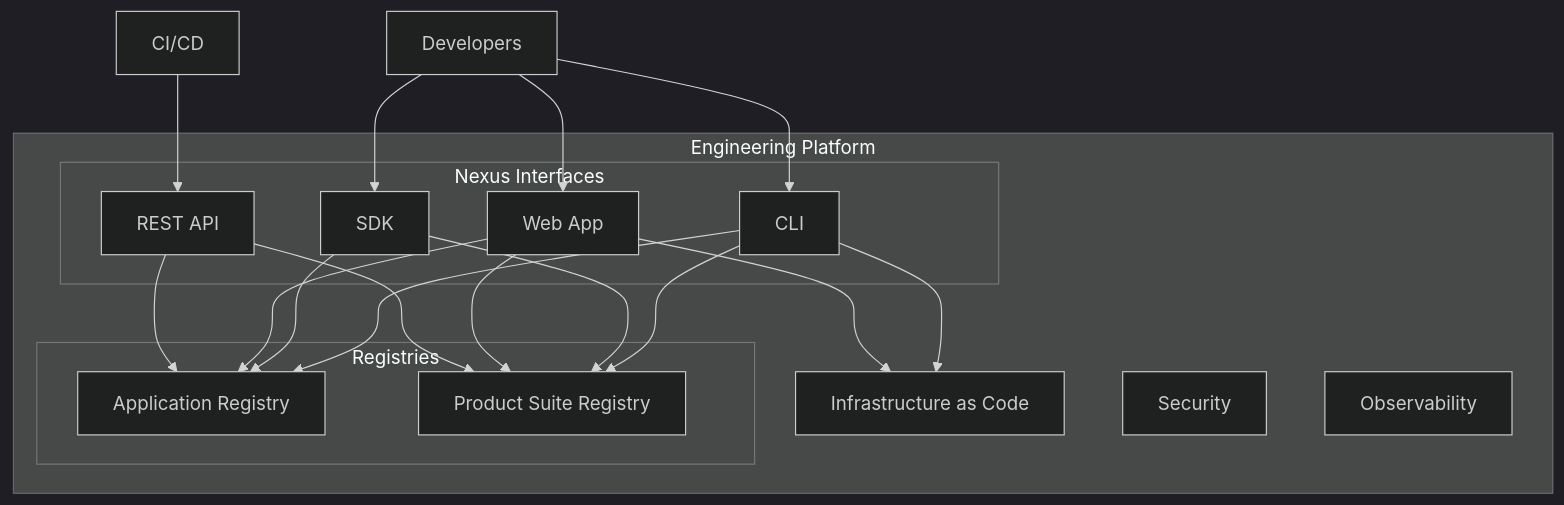
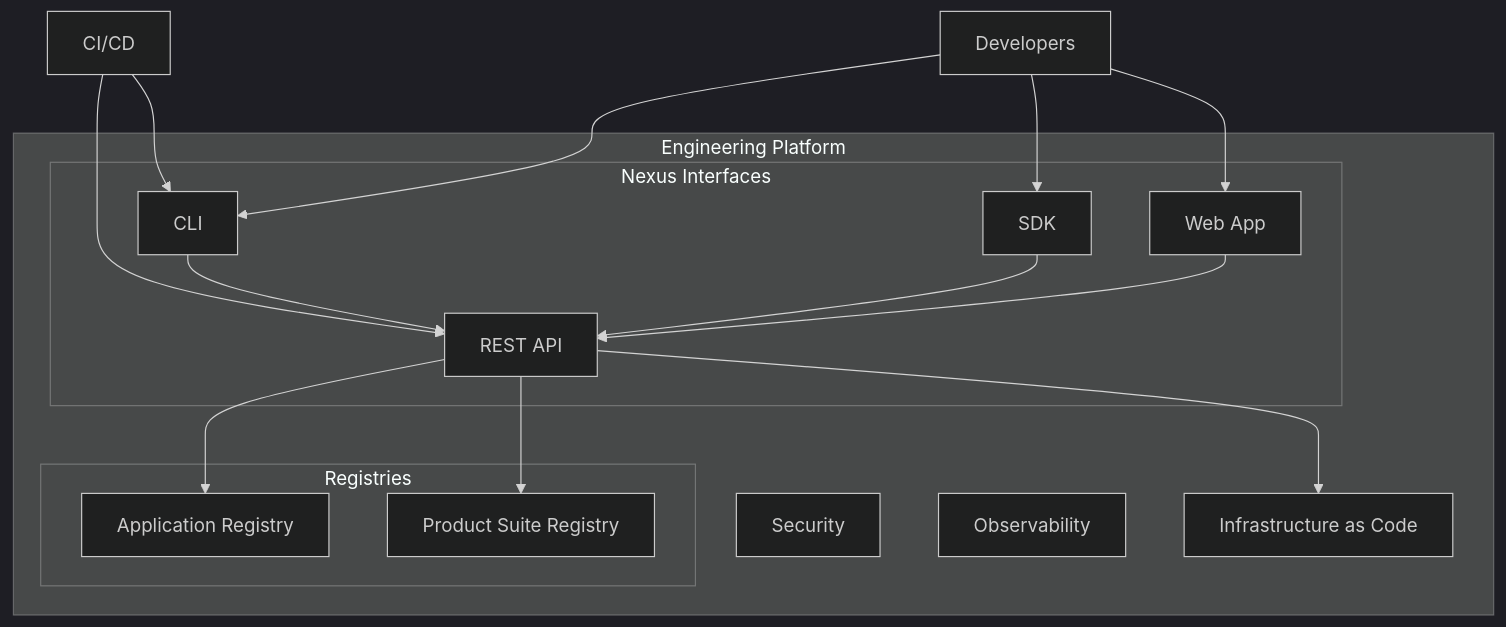
The diagram in docs/_Engineering/index.md (AlexandreRgx/nexus-docs), drawn with Mermaid (dark theme) before and after one commit. The commit also changed other lines of this file and 39 other files, not shown here.

````diff
--- a/docs/_Engineering/index.md
+++ b/docs/_Engineering/index.md
@@ -13,37 +13,35 @@
 ```mermaid
 graph TB
     subgraph "Engineering Platform"
         subgraph "Nexus Interfaces"
-            API[REST API]
-            SDK[SDK]
             CLI[CLI]
             WEBAPP[Web App]
+            SDK[SDK]
+            API[REST API]
         end
 
         IAC[Infrastructure as Code]
 
         subgraph "Registries"
             AR[Application Registry]
             PSR[Product Suite Registry]
         end
 
         SEC[Security]
         OBS[Observability]
     end
 
     DEV[Developers] --> CLI
     DEV --> SDK
     DEV --> WEBAPP
     CICD[CI/CD] --> API
+    CICD --> CLI
 
-    CLI --> AR
-    CLI --> PSR
-    CLI --> IAC
-    SDK --> AR
-    SDK --> PSR
-    WEBAPP --> AR
-    WEBAPP --> PSR
-    WEBAPP --> IAC
+    CLI --> API
+    WEBAPP --> API
+    SDK --> API
+
     API --> AR
     API --> PSR
+    API --> IAC
 ```
````
